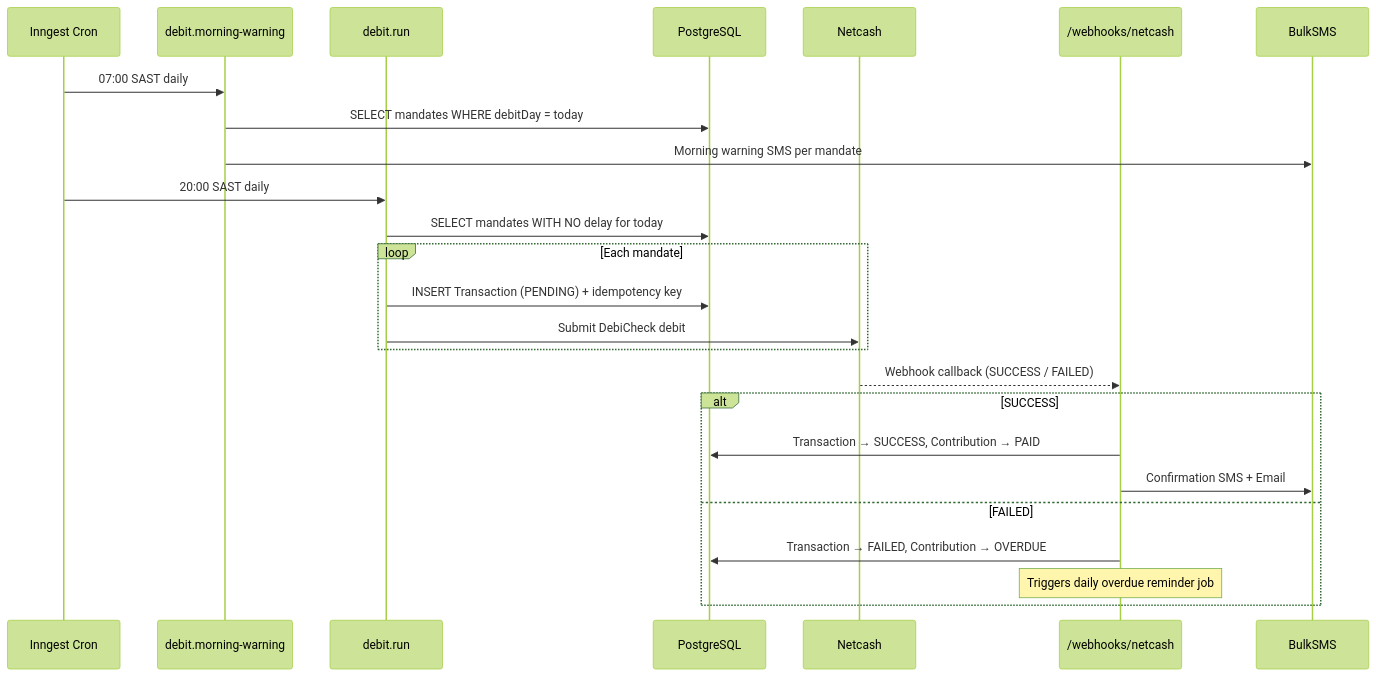
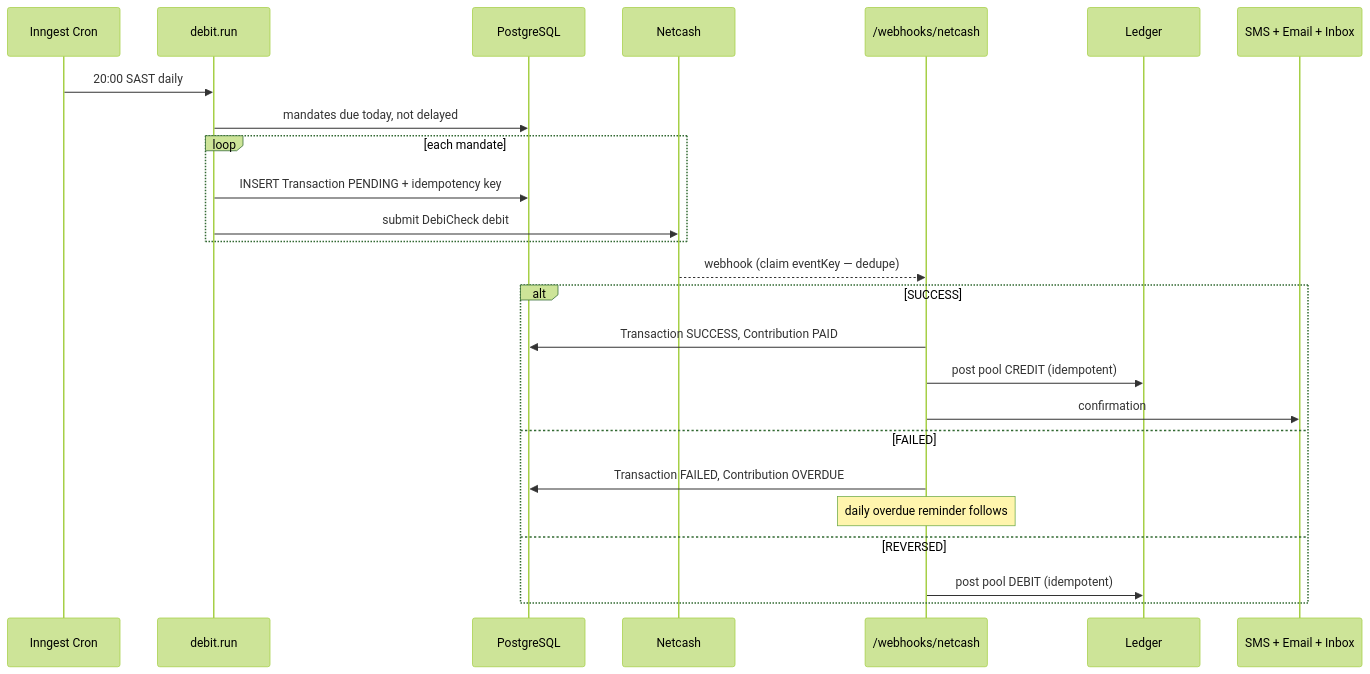
Before and after one commit to KSDRILL-SA/Xkimi-Xa-Mali: the third of 4 diagrams in docs/system-overview.md, drawn with Mermaid (forest theme). The commit also changed other lines of this file and 2 other files, not shown here.

````diff
--- a/docs/system-overview.md
+++ b/docs/system-overview.md
@@ -157,30 +132,28 @@
 ```mermaid
 sequenceDiagram
     participant CRON as Inngest Cron
-    participant JOB as debit.morning-warning
     participant RUN as debit.run
     participant DB as PostgreSQL
     participant NC as Netcash
     participant WH as /webhooks/netcash
-    participant SMS as BulkSMS
-
-    CRON->>JOB: 07:00 SAST daily
-    JOB->>DB: SELECT mandates WHERE debitDay = today
-    JOB->>SMS: Morning warning SMS per mandate
+    participant LED as Ledger
+    participant N as SMS + Email + Inbox
 
     CRON->>RUN: 20:00 SAST daily
-    RUN->>DB: SELECT mandates WITH NO delay for today
-    loop Each mandate
-        RUN->>DB: INSERT Transaction (PENDING) + idempotency key
-        RUN->>NC: Submit DebiCheck debit
+    RUN->>DB: mandates due today, not delayed
+    loop each mandate
+        RUN->>DB: INSERT Transaction PENDING + idempotency key
+        RUN->>NC: submit DebiCheck debit
     end
-
-    NC-->>WH: Webhook callback (SUCCESS / FAILED)
+    NC-->>WH: webhook (claim eventKey — dedupe)
     alt SUCCESS
-        WH->>DB: Transaction → SUCCESS, Contribution → PAID
-        WH->>SMS: Confirmation SMS + Email
+        WH->>DB: Transaction SUCCESS, Contribution PAID
+        WH->>LED: post pool CREDIT (idempotent)
+        WH->>N: confirmation
     else FAILED
-        WH->>DB: Transaction → FAILED, Contribution → OVERDUE
-        Note over WH: Triggers daily overdue reminder job
+        WH->>DB: Transaction FAILED, Contribution OVERDUE
+        Note over WH: daily overdue reminder follows
+    else REVERSED
+        WH->>LED: post pool DEBIT (idempotent)
     end
 ```
````
